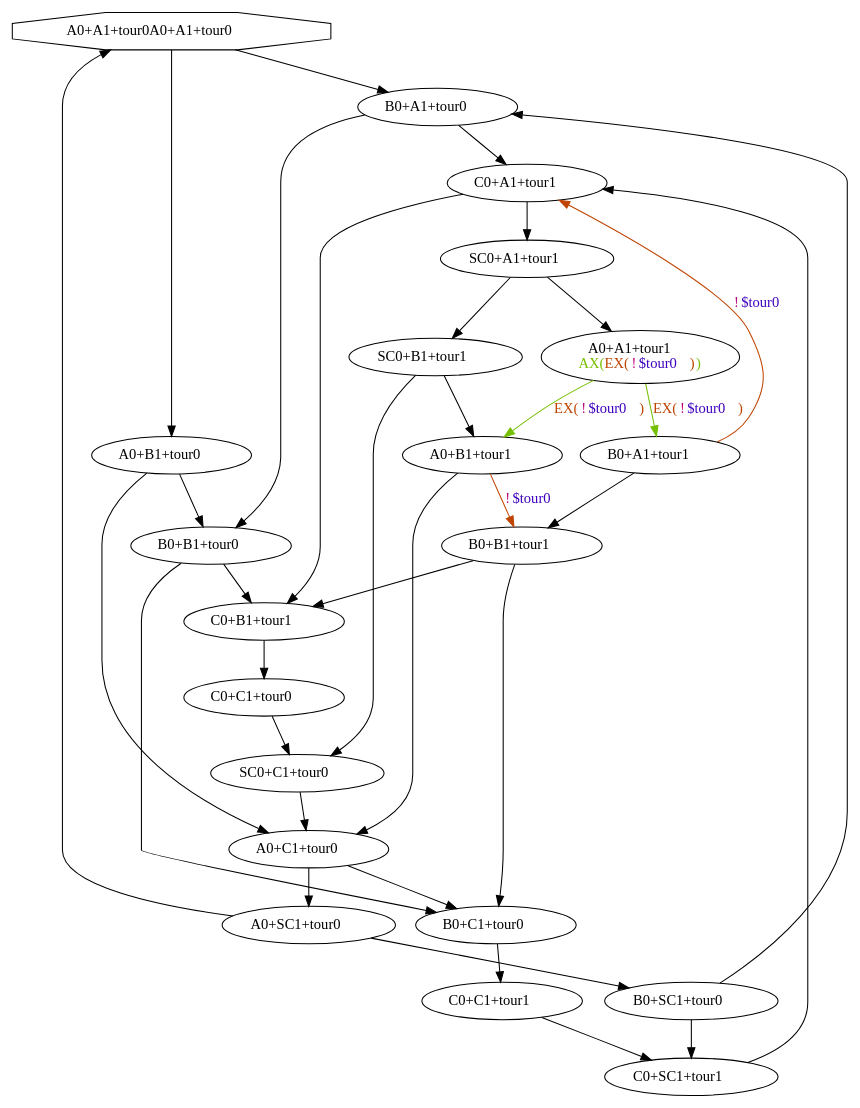
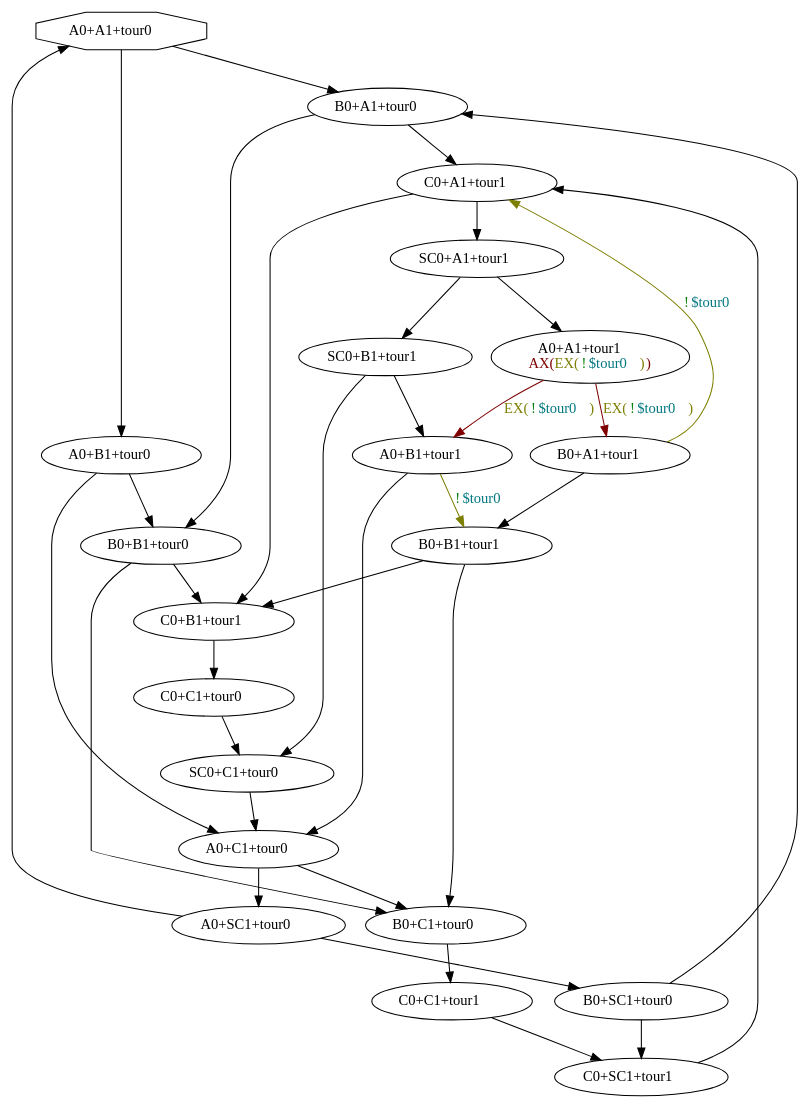
One commit to howiepowie/m1projctl2012g6 changed the diagram in test justifie 2.dot. Above: the diagram before and after it, drawn with Graphviz. The commit also changed 47 other files, not shown here.

```diff
--- a/test justifie 2.dot
+++ b/test justifie 2.dot
@@ -1,56 +1,56 @@
 digraph system {
-N0 [label=<A0+A1+tour0A0+A1+tour0>,shape=octagon]
+N0 [label=<A0+A1+tour0>,shape=octagon]
 N1 [label=<B0+A1+tour0>]
 N2 [label=<C0+A1+tour1>]
 N3 [label=<SC0+A1+tour1>]
-N4 [label=<A0+A1+tour1<BR/><FONT COLOR="0.22999994 1 0.75">AX(<FONT COLOR="0.059999943 1 0.75">EX(<FONT COLOR="0.89 1 0.75">!<FONT COLOR="0.71999997 1 0.75">$tour0</FONT></FONT>)</FONT>)</FONT>>]
+N4 [label=<A0+A1+tour1<BR/><FONT COLOR="0.0 1 0.5">AX(<FONT COLOR="0.17 1 0.5">EX(<FONT COLOR="0.34 1 0.5">!<FONT COLOR="0.51 1 0.5">$tour0</FONT></FONT>)</FONT>)</FONT>>]
 N5 [label=<B0+A1+tour1>]
 N6 [label=<B0+B1+tour1>]
 N7 [label=<C0+B1+tour1>]
 N8 [label=<C0+C1+tour0>]
 N9 [label=<SC0+C1+tour0>]
 N10 [label=<A0+C1+tour0>]
 N11 [label=<B0+C1+tour0>]
 N12 [label=<C0+C1+tour1>]
 N13 [label=<C0+SC1+tour1>]
 N14 [label=<A0+SC1+tour0>]
 N15 [label=<B0+SC1+tour0>]
 N16 [label=<A0+B1+tour1>]
 N17 [label=<SC0+B1+tour1>]
 N18 [label=<B0+B1+tour0>]
 N19 [label=<A0+B1+tour0>]
 N0 -> N1
 N0 -> N19
 N1 -> N2
 N1 -> N18
 N2 -> N3
 N2 -> N7
 N3 -> N4
 N3 -> N17
 N5 -> N6
 N6 -> N7
 N6 -> N11
 N7 -> N8
 N8 -> N9
 N9 -> N10
 N10 -> N11
 N10 -> N14
 N11 -> N12
 N12 -> N13
 N13 -> N2
 N14 -> N15
 N14 -> N0
 N15 -> N13
 N15 -> N1
 N16 -> N10
 N17 -> N16
 N17 -> N9
 N18 -> N7
 N18 -> N11
 N19 -> N18
 N19 -> N10
-N16 -> N6 [color="0.059999943 1 0.75",label=<<FONT COLOR="0.89 1 0.75">!<FONT COLOR="0.71999997 1 0.75">$tour0</FONT></FONT>>]
-N4 -> N5 [color="0.22999994 1 0.75",label=<<FONT COLOR="0.059999943 1 0.75">EX(<FONT COLOR="0.89 1 0.75">!<FONT COLOR="0.71999997 1 0.75">$tour0</FONT></FONT>)</FONT>>]
-N4 -> N16 [color="0.22999994 1 0.75",label=<<FONT COLOR="0.059999943 1 0.75">EX(<FONT COLOR="0.89 1 0.75">!<FONT COLOR="0.71999997 1 0.75">$tour0</FONT></FONT>)</FONT>>]
-N5 -> N2 [color="0.059999943 1 0.75",label=<<FONT COLOR="0.89 1 0.75">!<FONT COLOR="0.71999997 1 0.75">$tour0</FONT></FONT>>]
+N5 -> N2 [color="0.17 1 0.5",label=<<FONT COLOR="0.34 1 0.5">!<FONT COLOR="0.51 1 0.5">$tour0</FONT></FONT>>]
+N4 -> N16 [color="0.0 1 0.5",label=<<FONT COLOR="0.17 1 0.5">EX(<FONT COLOR="0.34 1 0.5">!<FONT COLOR="0.51 1 0.5">$tour0</FONT></FONT>)</FONT>>]
+N16 -> N6 [color="0.17 1 0.5",label=<<FONT COLOR="0.34 1 0.5">!<FONT COLOR="0.51 1 0.5">$tour0</FONT></FONT>>]
+N4 -> N5 [color="0.0 1 0.5",label=<<FONT COLOR="0.17 1 0.5">EX(<FONT COLOR="0.34 1 0.5">!<FONT COLOR="0.51 1 0.5">$tour0</FONT></FONT>)</FONT>>]
 }
```
